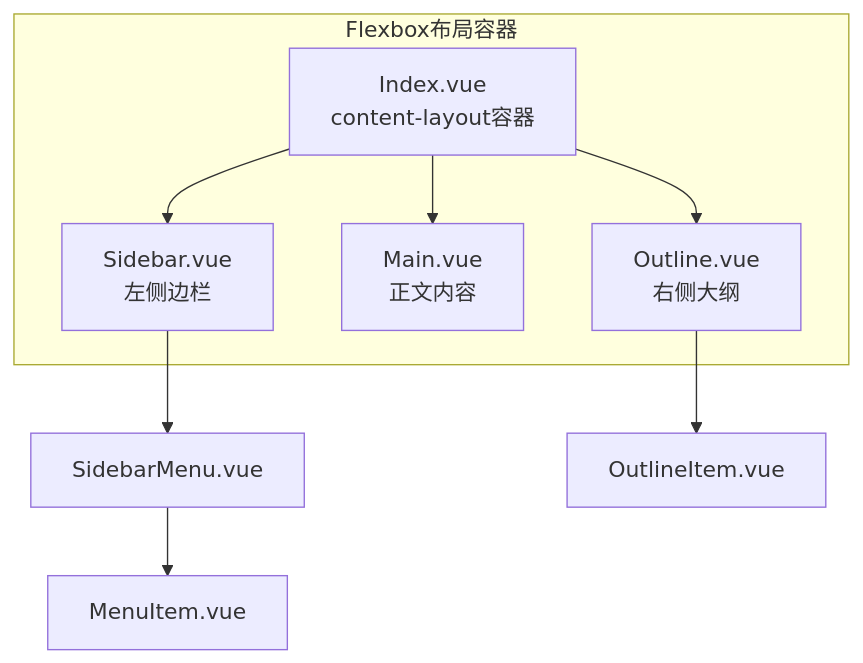
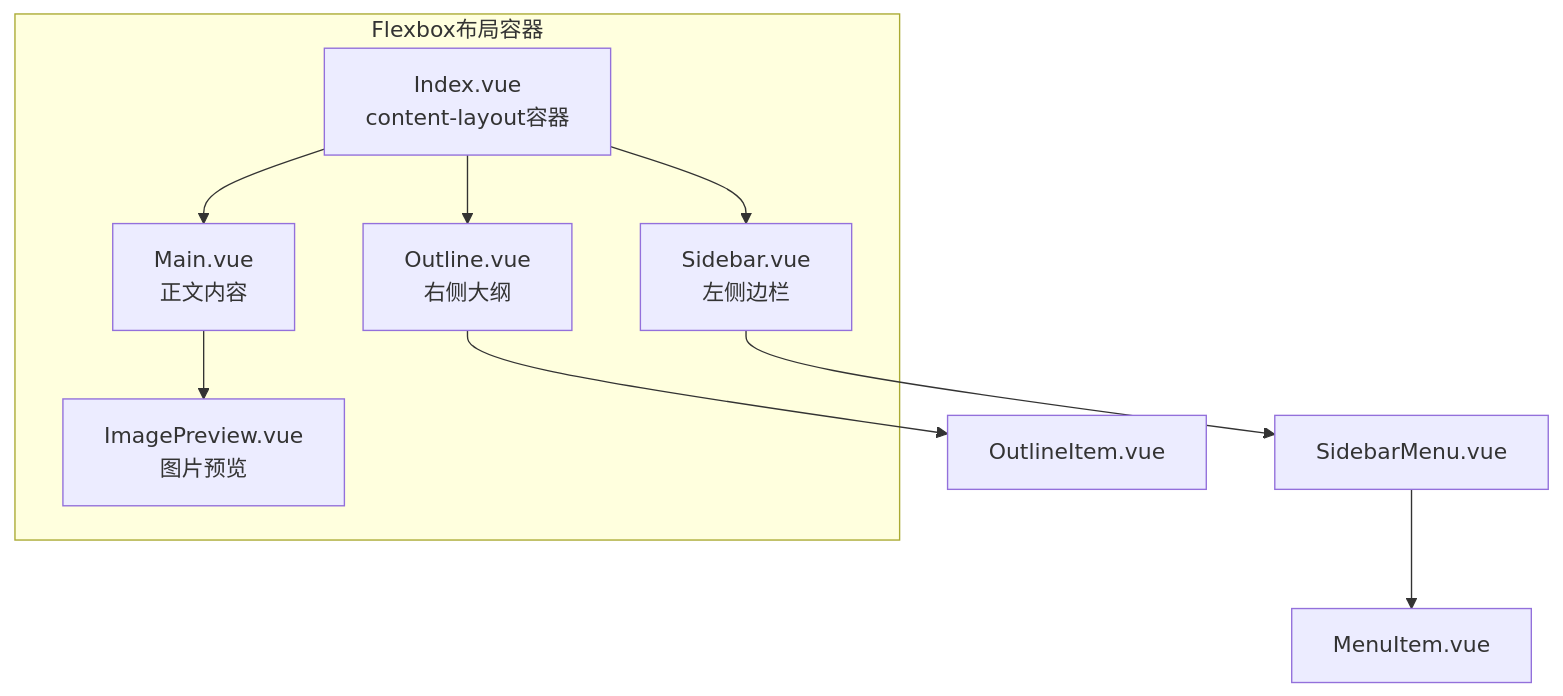
One commit to terwer/siyuan-plugin-blog changed the first of 7 diagrams in .qoder/repowiki/zh/content/核心功能/UI 组件系统/内容组件.md. Above: the diagram before and after it, drawn with Mermaid. The commit also changed other lines of this file and 407 other files, not shown here.

````diff
--- a/.qoder/repowiki/zh/content/核心功能/UI 组件系统/内容组件.md
+++ b/.qoder/repowiki/zh/content/核心功能/UI 组件系统/内容组件.md
@@ -52,15 +61,17 @@
 ```mermaid
 graph TB
 subgraph "Flexbox布局容器"
 IDX["Index.vue<br/>content-layout容器"]
 L["Sidebar.vue<br/>左侧边栏"]
 M["Main.vue<br/>正文内容"]
 R["Outline.vue<br/>右侧大纲"]
+IP["ImagePreview.vue<br/>图片预览"]
 end
 IDX --> L
 IDX --> M
 IDX --> R
 L --> SM["SidebarMenu.vue"]
 SM --> MI["MenuItem.vue"]
 R --> OI["OutlineItem.vue"]
+M --> IP
 ```
````
